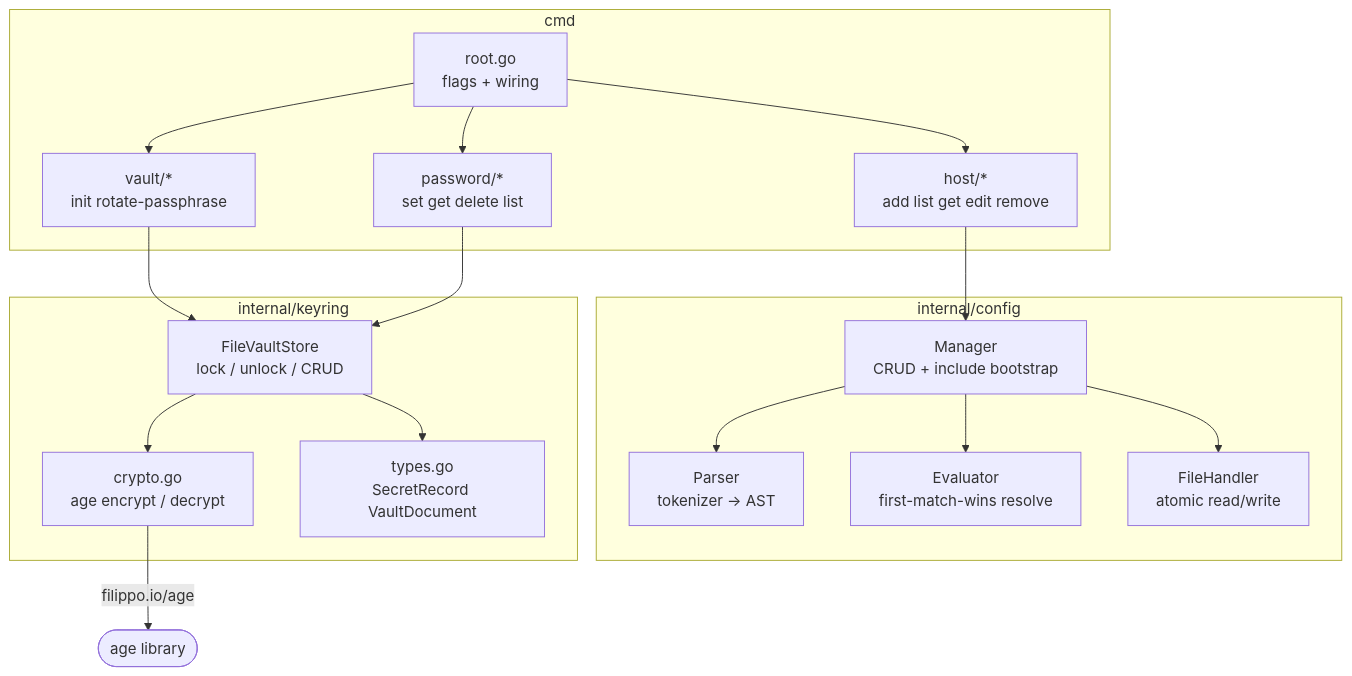
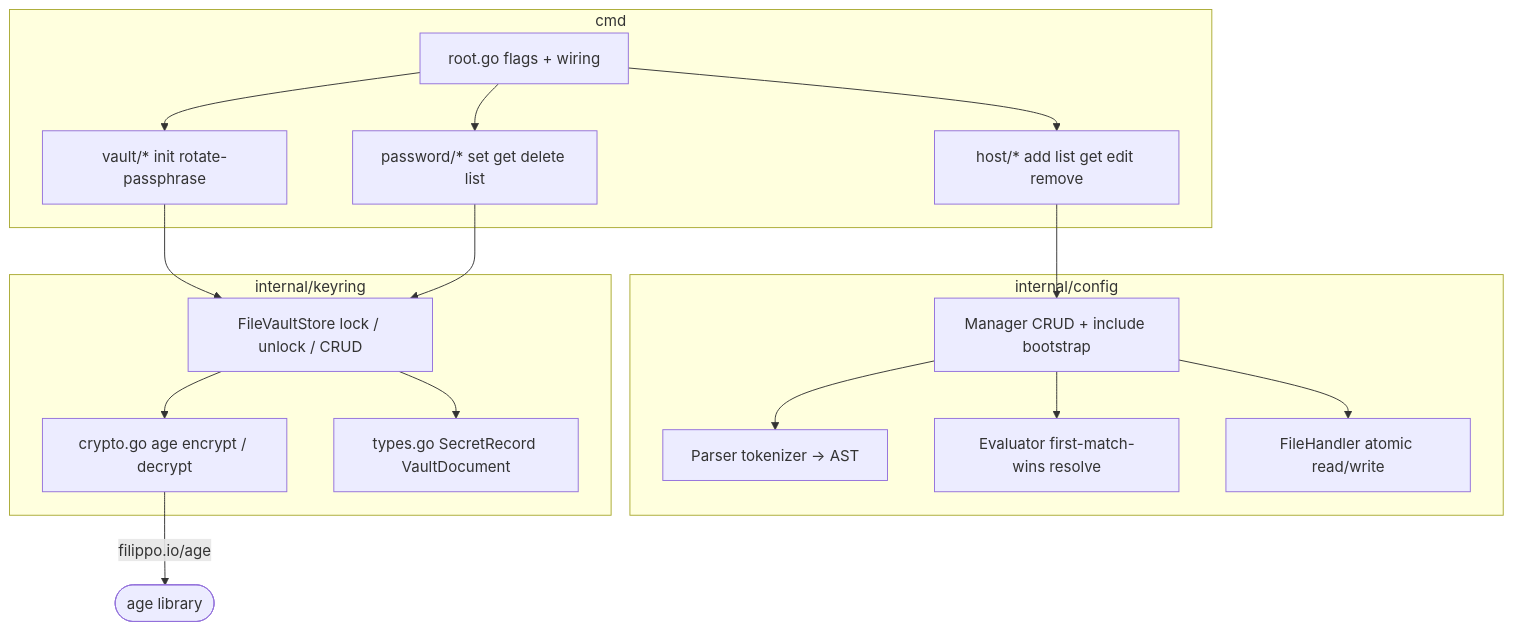
The first of 4 diagrams in docs/internals.md (sipuaz/sshcloak), drawn with Mermaid before and after one commit. The commit also changed other lines of this file and 13 other files, not shown here.

````diff
--- a/docs/internals.md
+++ b/docs/internals.md
@@ -10,38 +10,38 @@
 ```mermaid
 graph TD
     subgraph cmd
-        ROOT[root.go\nflags + wiring]
-        HOST[host/*\nadd list get edit remove]
-        VAULT[vault/*\ninit rotate-passphrase]
-        PASS[password/*\nset get delete list]
+        ROOT[root.go flags + wiring]
+        HOST[host/* add list get edit remove]
+        VAULT[vault/* init rotate-passphrase]
+        PASS[password/* set get delete list]
     end
 
     subgraph internal/config
-        MGR[Manager\nCRUD + include bootstrap]
-        PARSER[Parser\ntokenizer → AST]
-        EVAL[Evaluator\nfirst-match-wins resolve]
-        FILE[FileHandler\natomic read/write]
+        MGR[Manager CRUD + include bootstrap]
+        PARSER[Parser tokenizer → AST]
+        EVAL[Evaluator first-match-wins resolve]
+        FILE[FileHandler atomic read/write]
     end
 
     subgraph internal/keyring
-        STORE[FileVaultStore\nlock / unlock / CRUD]
-        CRYPTO[crypto.go\nage encrypt / decrypt]
-        TYPES[types.go\nSecretRecord VaultDocument]
+        STORE[FileVaultStore lock / unlock / CRUD]
+        CRYPTO[crypto.go age encrypt / decrypt]
+        TYPES[types.go SecretRecord VaultDocument]
     end
 
     ROOT --> HOST
     ROOT --> VAULT
     ROOT --> PASS
 
     HOST --> MGR
     VAULT --> STORE
     PASS --> STORE
 
     MGR --> PARSER
     MGR --> EVAL
     MGR --> FILE
 
     STORE --> CRYPTO
     STORE --> TYPES
     CRYPTO -->|filippo.io/age| EXT([age library])
 ```
````
